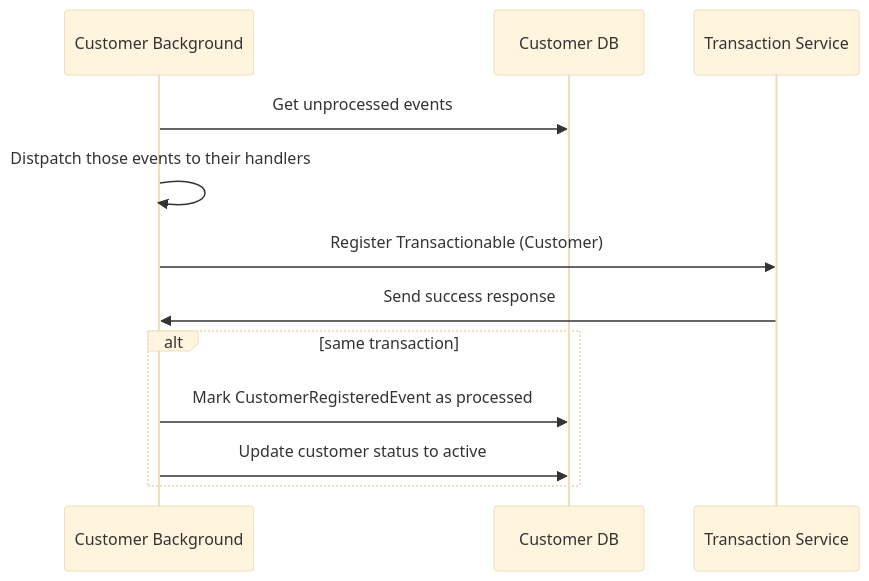
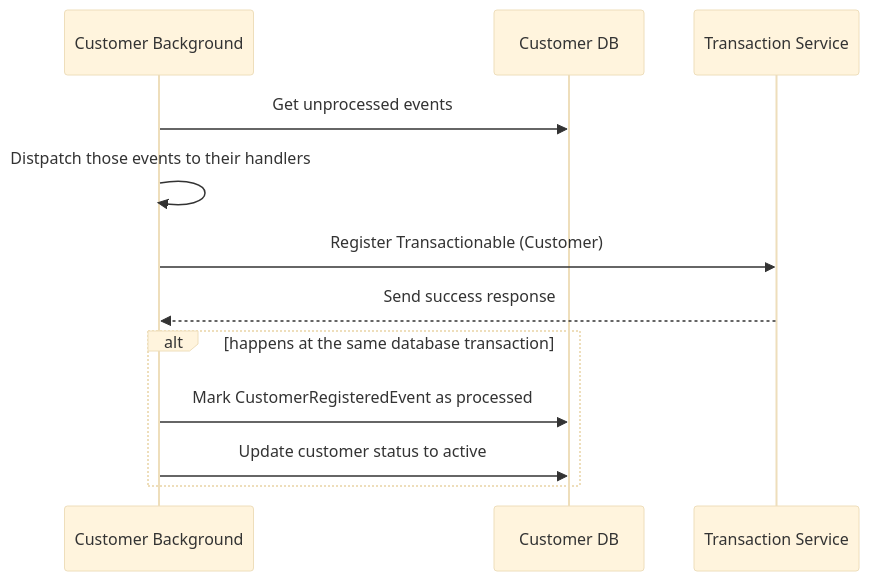
One commit to hehehenri/money-transaction-system changed the second of 2 diagrams in README.md. Above: the diagram before and after it, drawn with Mermaid (base theme). The commit also changed other lines of this file, not shown here.

````diff
--- a/README.md
+++ b/README.md
@@ -35,11 +17,11 @@
 ```mermaid
 sequenceDiagram
 Customer Background->>Customer DB: Get unprocessed events
 Customer Background->>Customer Background: Distpatch those events to their handlers
 Customer Background->>Transaction Service: Register Transactionable (Customer)
-Transaction Service->>Customer Background: Send success response
-alt same transaction
+Transaction Service-->>Customer Background: Send success response
+alt happens at the same database transaction
 Customer Background->>Customer DB: Mark CustomerRegisteredEvent as processed
 Customer Background->>Customer DB: Update customer status to active
 end
 ```
````
